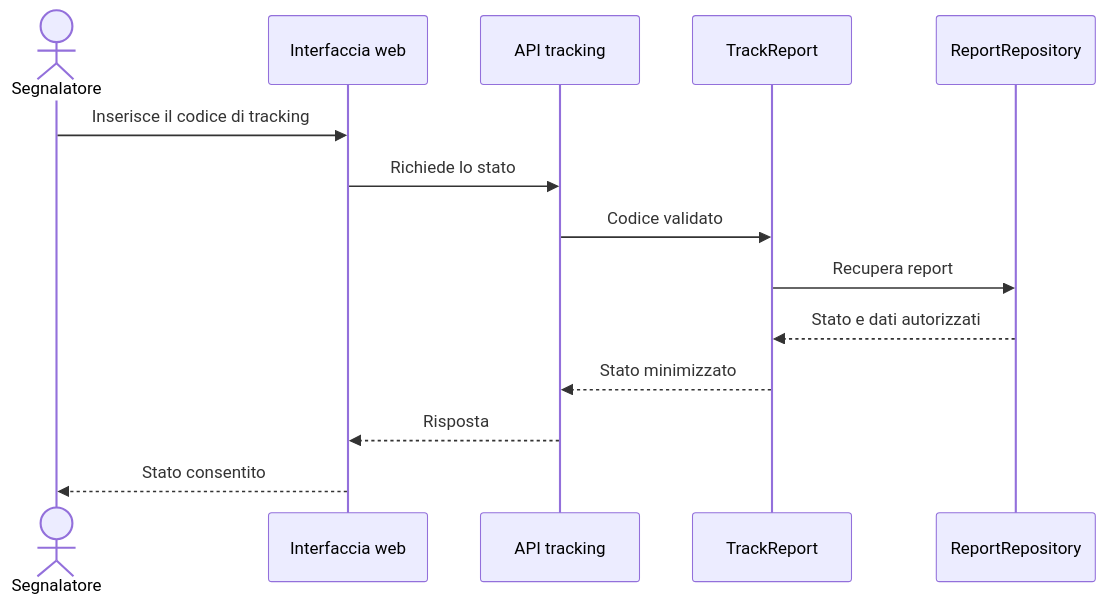
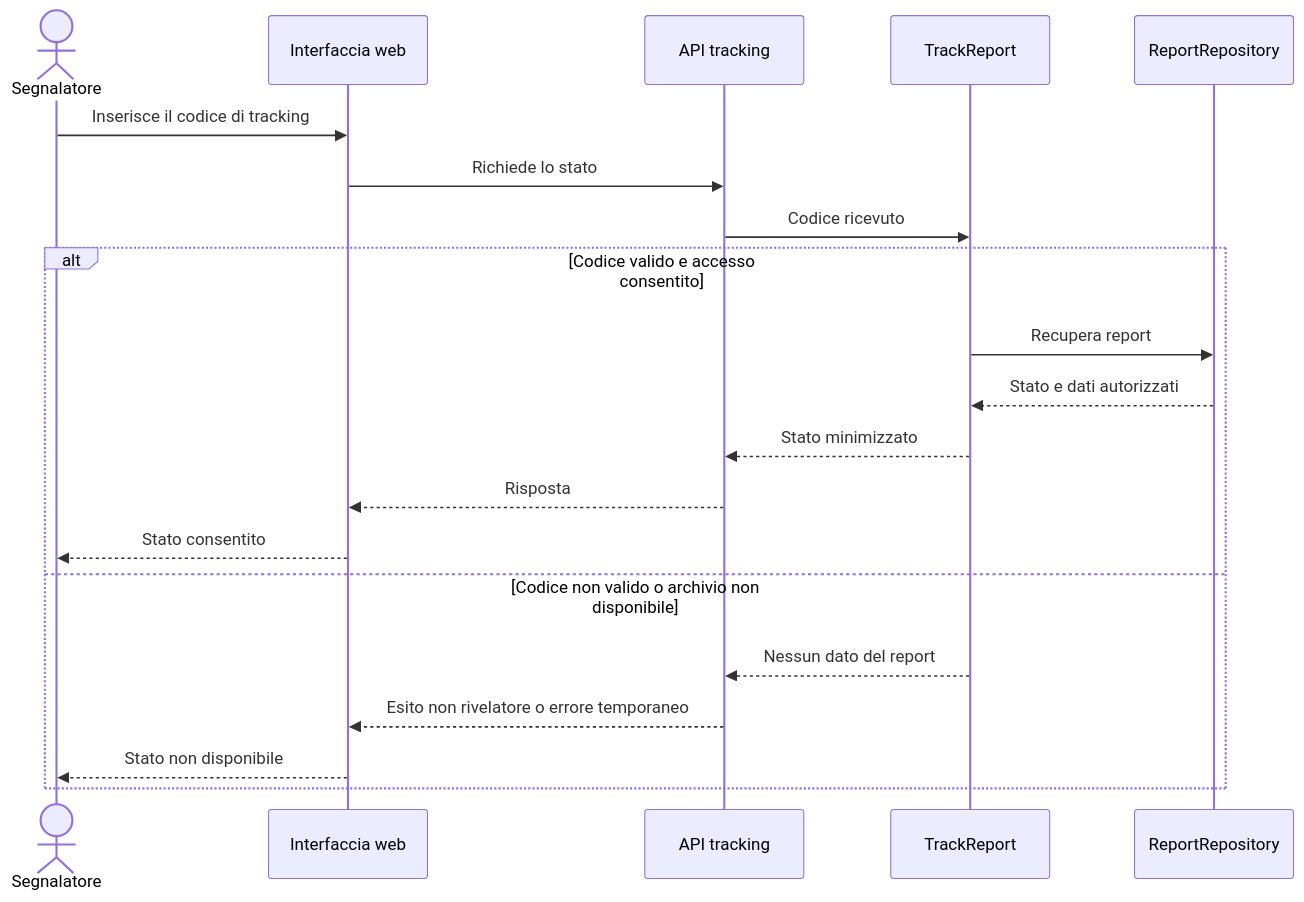
Before and after one commit to andreaplini/aegis: the sixth of 9 diagrams in docs/RAD.md, drawn with Mermaid. The commit also changed other lines of this file and 4 other files, not shown here.

````diff
--- a/docs/RAD.md
+++ b/docs/RAD.md
@@ -517,17 +555,23 @@
 ```mermaid
 sequenceDiagram
   accDescr: Il codice di tracking consente la consultazione dello stato autorizzato.
   actor S as Segnalatore
   participant UI as Interfaccia web
   participant API as API tracking
   participant UC as TrackReport
   participant Repo as ReportRepository
   S->>UI: Inserisce il codice di tracking
   UI->>API: Richiede lo stato
-  API->>UC: Codice validato
-  UC->>Repo: Recupera report
-  Repo-->>UC: Stato e dati autorizzati
-  UC-->>API: Stato minimizzato
-  API-->>UI: Risposta
-  UI-->>S: Stato consentito
+  API->>UC: Codice ricevuto
+  alt Codice valido e accesso consentito
+    UC->>Repo: Recupera report
+    Repo-->>UC: Stato e dati autorizzati
+    UC-->>API: Stato minimizzato
+    API-->>UI: Risposta
+    UI-->>S: Stato consentito
+  else Codice non valido o archivio non disponibile
+    UC-->>API: Nessun dato del report
+    API-->>UI: Esito non rivelatore o errore temporaneo
+    UI-->>S: Stato non disponibile
+  end
 ```
````
